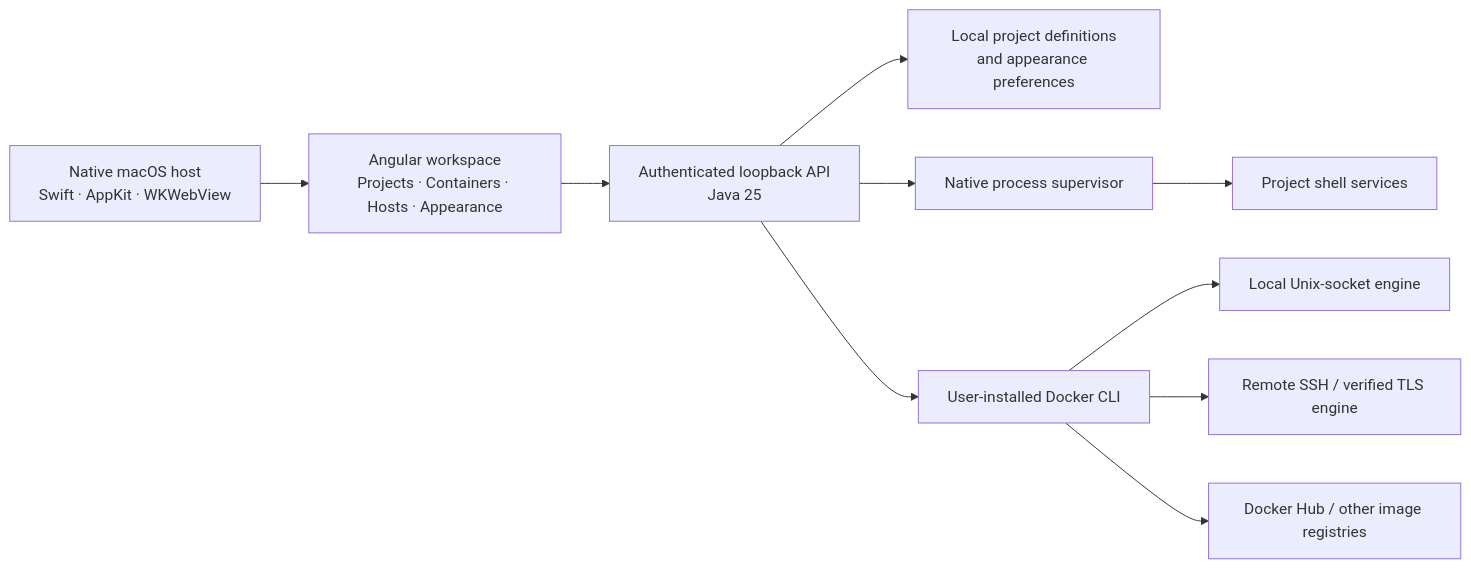
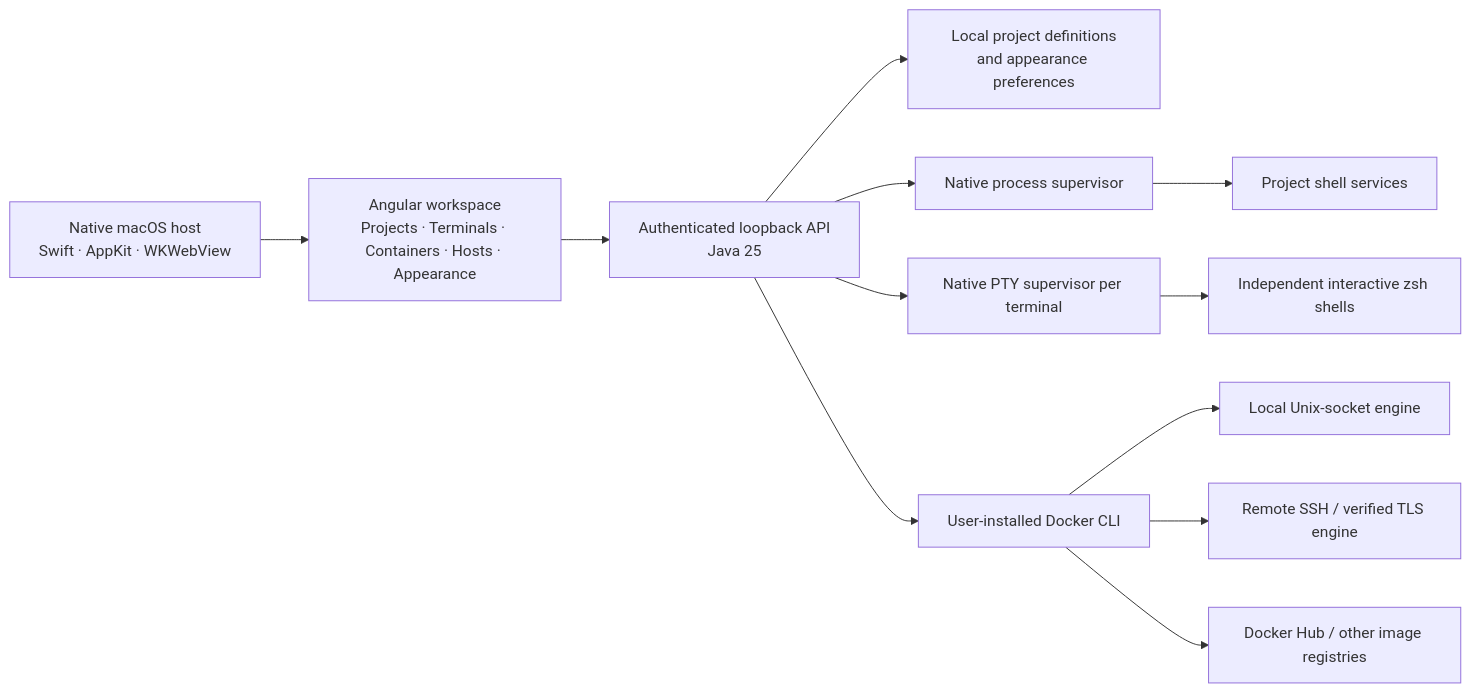
One commit to L8TESTPR0JECTS/RuntimeBay changed the diagram in README.md. Above: the diagram before and after it, drawn with Mermaid. The commit also changed other lines of this file and 18 other files, not shown here.

Commit message:
feat: add independent interactive terminal tabs

````diff
--- a/README.md
+++ b/README.md
@@ -60,12 +63,14 @@
 ```mermaid
 flowchart LR
-  Mac["Native macOS host<br/>Swift · AppKit · WKWebView"] --> UI["Angular workspace<br/>Projects · Containers · Hosts · Appearance"]
+  Mac["Native macOS host<br/>Swift · AppKit · WKWebView"] --> UI["Angular workspace<br/>Projects · Terminals · Containers · Hosts · Appearance"]
   UI --> API["Authenticated loopback API<br/>Java 25"]
   API --> Store["Local project definitions<br/>and appearance preferences"]
   API --> Supervisor["Native process supervisor"]
   Supervisor --> Services["Project shell services"]
+  API --> PTY["Native PTY supervisor per terminal"]
+  PTY --> Shells["Independent interactive zsh shells"]
   API --> Docker["User-installed Docker CLI"]
   Docker --> Local["Local Unix-socket engine"]
   Docker --> Remote["Remote SSH / verified TLS engine"]
   Docker --> Registry["Docker Hub / other image registries"]
 ```
````
